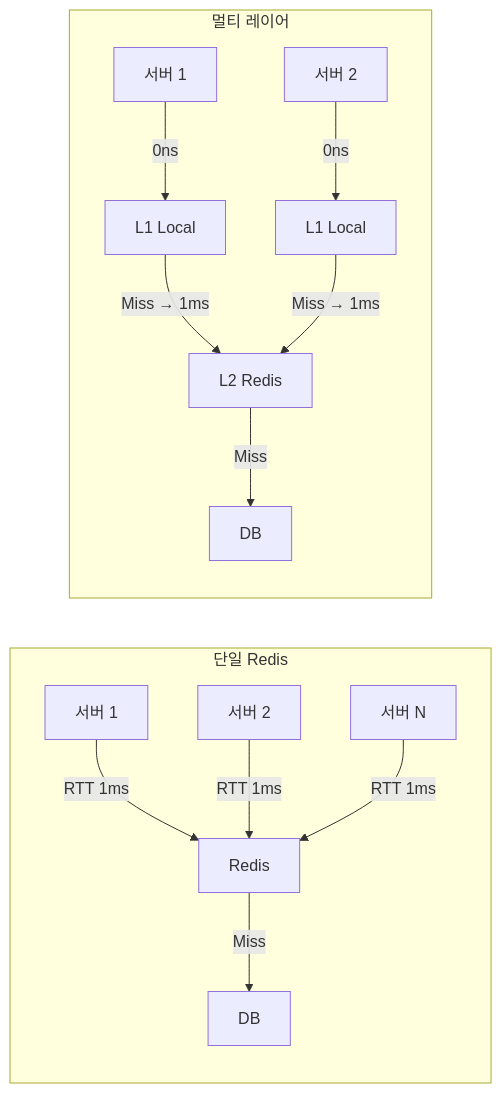
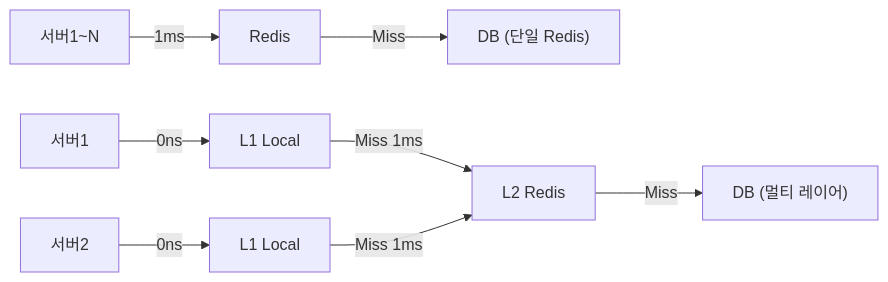
The first of 8 diagrams in _posts/caching/2026-05-03-multi-layer-caching.md (yjkim2015/yjkim2015.github.io), drawn with Mermaid before and after one commit. The commit also changed other lines of this file and 215 other files, not shown here.

First line of the commit message:
신규 포스트 10개 추가 + Mermaid 전면 축소 + SystemDesign 시리즈 보강

````diff
--- a/_posts/caching/2026-05-03-multi-layer-caching.md
+++ b/_posts/caching/2026-05-03-multi-layer-caching.md
@@ -32,17 +32,7 @@
 ```mermaid
 graph LR
-    subgraph "단일 Redis"
-        S1["서버 1"] -->|"RTT 1ms"| R1["Redis"]
-        S2["서버 2"] -->|"RTT 1ms"| R1
-        S3["서버 N"] -->|"RTT 1ms"| R1
-        R1 -->|"Miss"| DB1["DB"]
-    end
-
-    subgraph "멀티 레이어"
-        S4["서버 1"] -->|"0ns"| L1A["L1 Local"]
-        S5["서버 2"] -->|"0ns"| L1B["L1 Local"]
-        L1A -->|"Miss → 1ms"| R2["L2 Redis"]
-        L1B -->|"Miss → 1ms"| R2
-        R2 -->|"Miss"| DB2["DB"]
-    end
+    S1["서버1~N"] -->|"1ms"| R1["Redis"] -->|"Miss"| DB1["DB (단일 Redis)"]
+    S2["서버1"] -->|"0ns"| L1A["L1 Local"]
+    S3["서버2"] -->|"0ns"| L1B["L1 Local"]
+    L1A & L1B -->|"Miss 1ms"| R2["L2 Redis"] -->|"Miss"| DB2["DB (멀티 레이어)"]
 ```
````
